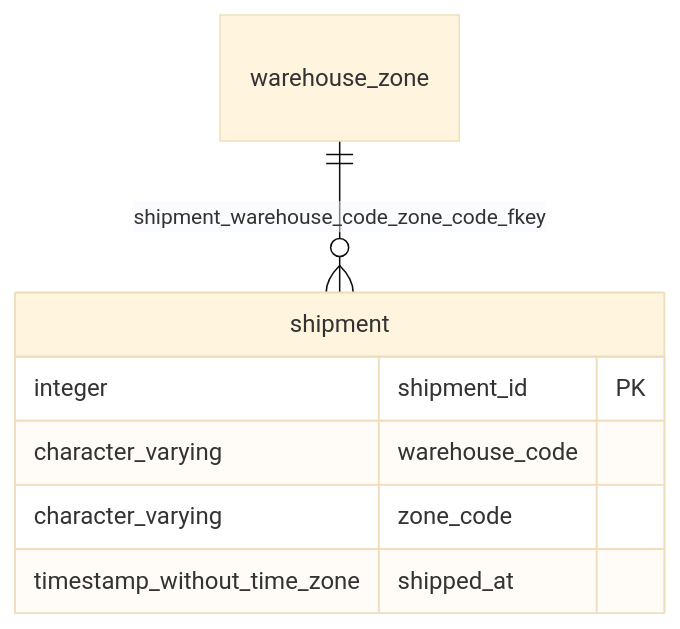
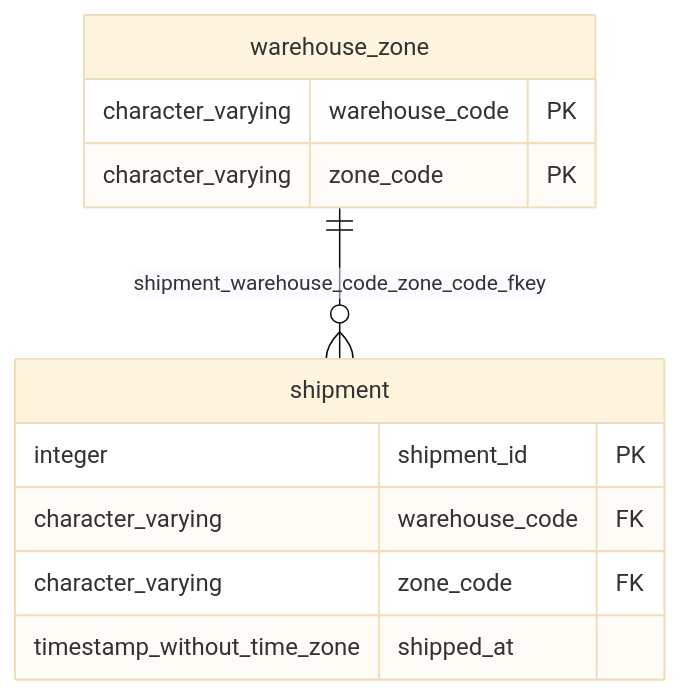
Before and after one commit to ebichan88/exportTableDefinition: the diagram in docs/sample/postgres/output/testdb/sample/table/shipment.md, drawn with Mermaid (base theme). The commit also changed other lines of this file and 66 other files, not shown here.

First line of the commit message:
Show logical table names and relation columns in ER diagram boxes

````diff
--- a/docs/sample/postgres/output/testdb/sample/table/shipment.md
+++ b/docs/sample/postgres/output/testdb/sample/table/shipment.md
@@ -57,12 +57,16 @@
 ```mermaid
 erDiagram
     sample_shipment["shipment"]
     sample_warehouse_zone["warehouse_zone"]
     sample_warehouse_zone ||--o{ sample_shipment : "shipment_warehouse_code_zone_code_fkey"
     sample_shipment {
         integer shipment_id PK
-        character_varying warehouse_code
-        character_varying zone_code
+        character_varying warehouse_code FK
+        character_varying zone_code FK
         timestamp_without_time_zone shipped_at
     }
+    sample_warehouse_zone {
+        character_varying warehouse_code PK
+        character_varying zone_code PK
+    }
 ```
````
